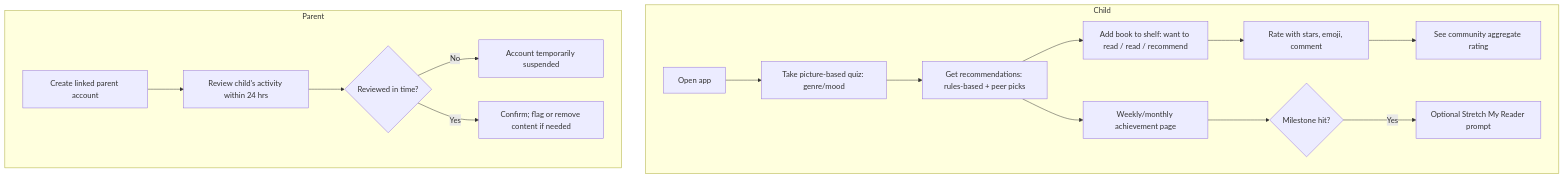
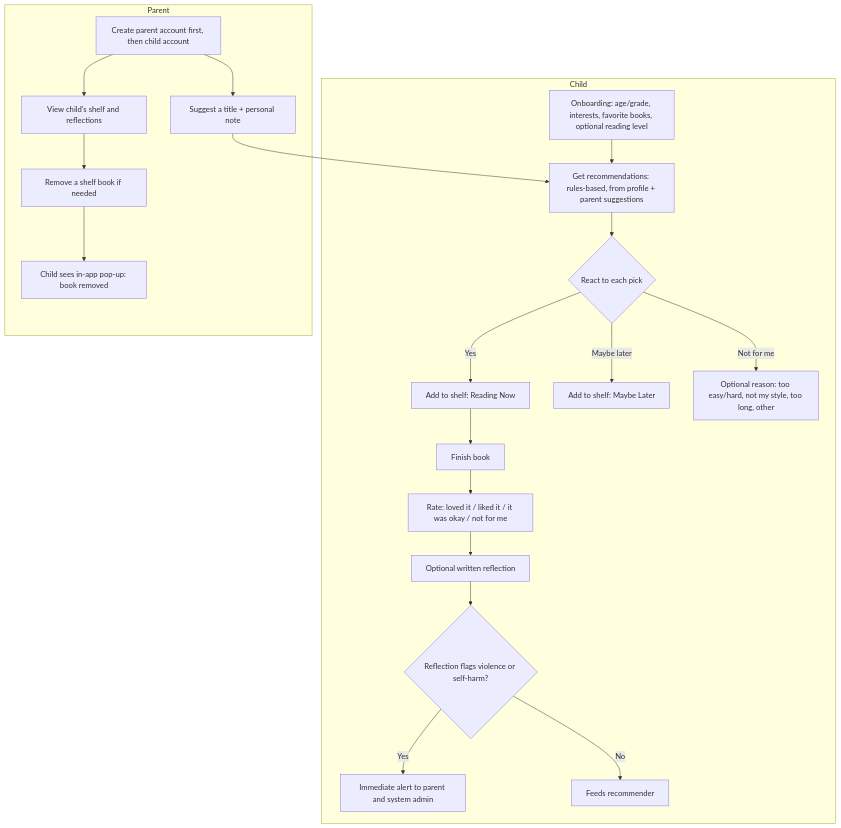
One commit to videogames21/book_buddies changed the second of 3 diagrams in docs/requirements/vision-and-scope.md. Above: the diagram before and after it, drawn with Mermaid. The commit also changed other lines of this file, not shown here.

````diff
--- a/docs/requirements/vision-and-scope.md
+++ b/docs/requirements/vision-and-scope.md
@@ -106,19 +108,23 @@
 ```mermaid
 flowchart TD
   subgraph Child
-    A[Open app] --> B[Take picture-based quiz: genre/mood]
-    B --> C[Get recommendations: rules-based + peer picks]
-    C --> D[Add book to shelf: want to read / read / recommend]
-    D --> E[Rate with stars, emoji, comment]
-    E --> F[See community aggregate rating]
-    C --> L[Weekly/monthly achievement page]
-    L --> M{Milestone hit?}
-    M -- Yes --> N[Optional Stretch My Reader prompt]
+    A[Onboarding: age/grade, interests, favorite books, optional reading level] --> B[Get recommendations: rules-based, from profile + parent suggestions]
+    B --> C{React to each pick}
+    C -- Yes --> D[Add to shelf: Reading Now]
+    C -- Maybe later --> E[Add to shelf: Maybe Later]
+    C -- Not for me --> F[Optional reason: too easy/hard, not my style, too long, other]
+    D --> G[Finish book]
+    G --> H[Rate: loved it / liked it / it was okay / not for me]
+    H --> I[Optional written reflection]
+    I --> J{Reflection flags violence or self-harm?}
+    J -- Yes --> K[Immediate alert to parent and system admin]
+    J -- No --> L[Feeds recommender]
   end
   subgraph Parent
-    G[Create linked parent account] --> H[Review child's activity within 24 hrs]
-    H --> I{Reviewed in time?}
-    I -- No --> J[Account temporarily suspended]
-    I -- Yes --> K[Confirm; flag or remove content if needed]
+    M[Create parent account first, then child account] --> N[Suggest a title + personal note]
+    N --> B
+    M --> O[View child's shelf and reflections]
+    O --> P[Remove a shelf book if needed]
+    P --> Q[Child sees in-app pop-up: book removed]
   end
 ```
````
